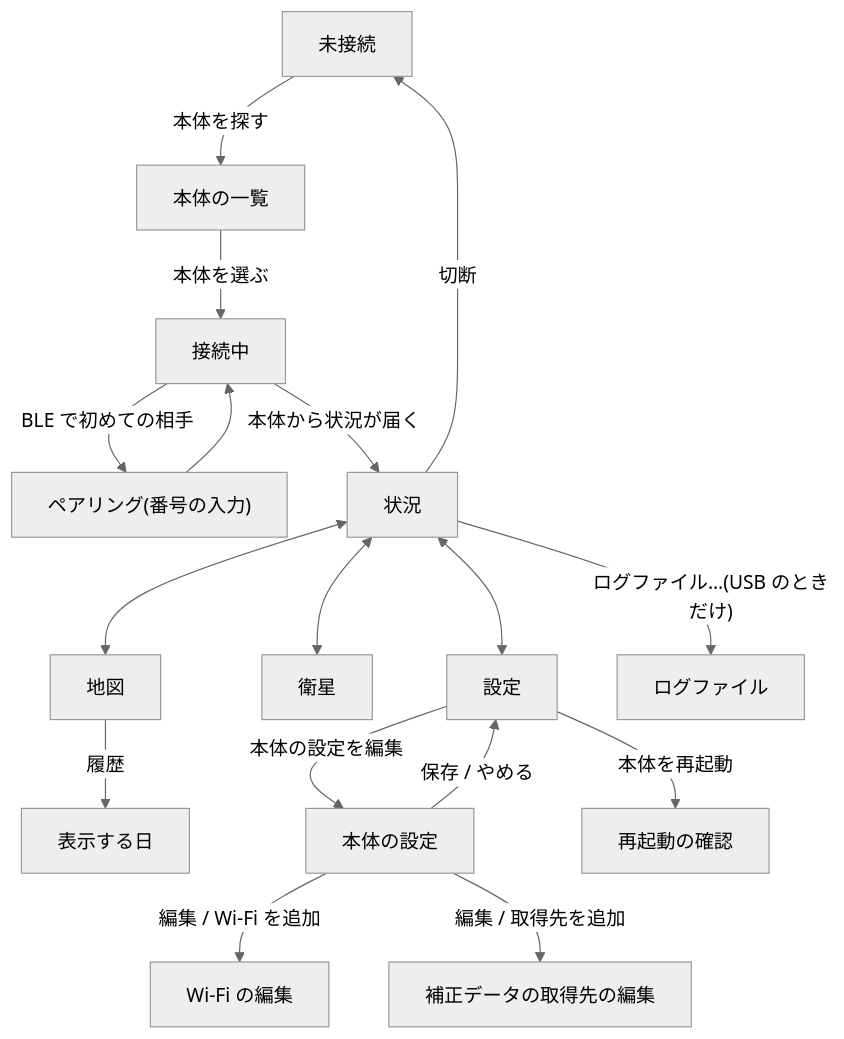
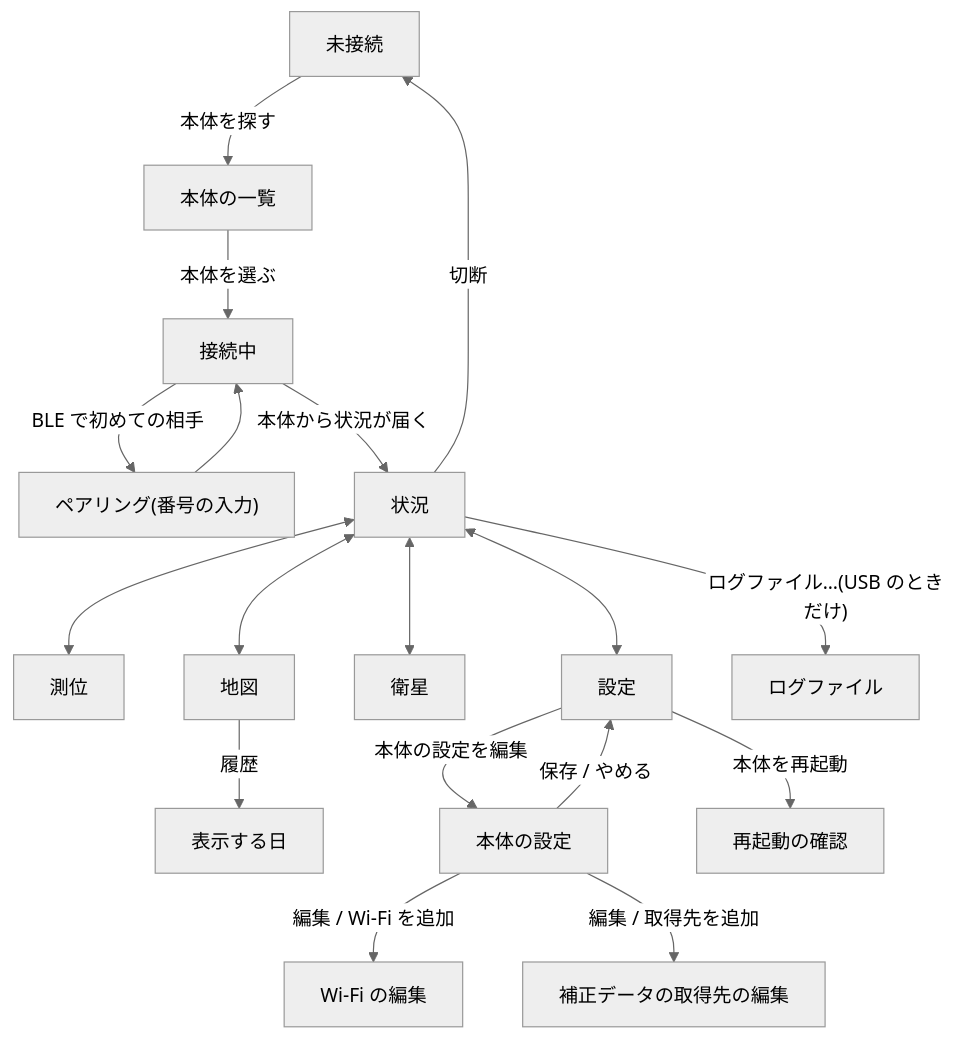
One commit to barikan/m5f9p-s3-rover changed the diagram in docs/screens-windows.md. Above: the diagram before and after it, drawn with Mermaid (neutral theme). The commit also changed other lines of this file and 14 other files, not shown here.

````diff
--- a/docs/screens-windows.md
+++ b/docs/screens-windows.md
@@ -9,22 +9,23 @@
 ```mermaid
 flowchart TD
     Start["未接続"] -- "本体を探す" --> List["本体の一覧"]
     List -- "本体を選ぶ" --> Connecting["接続中"]
     Connecting -- "BLE で初めての相手" --> Pin["ペアリング(番号の入力)"]
     Pin --> Connecting
     Connecting -- "本体から状況が届く" --> Status["状況"]
 
+    Status <--> Live["測位"]
     Status <--> Map["地図"]
     Status <--> Sats["衛星"]
     Status <--> Settings["設定"]
 
     Status -- "ログファイル…(USB のときだけ)" --> Logs["ログファイル"]
     Map -- "履歴" --> Days["表示する日"]
     Settings -- "本体の設定を編集" --> Config["本体の設定"]
     Config -- "編集 / Wi-Fi を追加" --> WifiEdit["Wi-Fi の編集"]
     Config -- "編集 / 取得先を追加" --> SourceEdit["補正データの取得先の編集"]
     Config -- "保存 / やめる" --> Settings
     Settings -- "本体を再起動" --> Restart["再起動の確認"]
 
     Status -- "切断" --> Start
 ```
````
